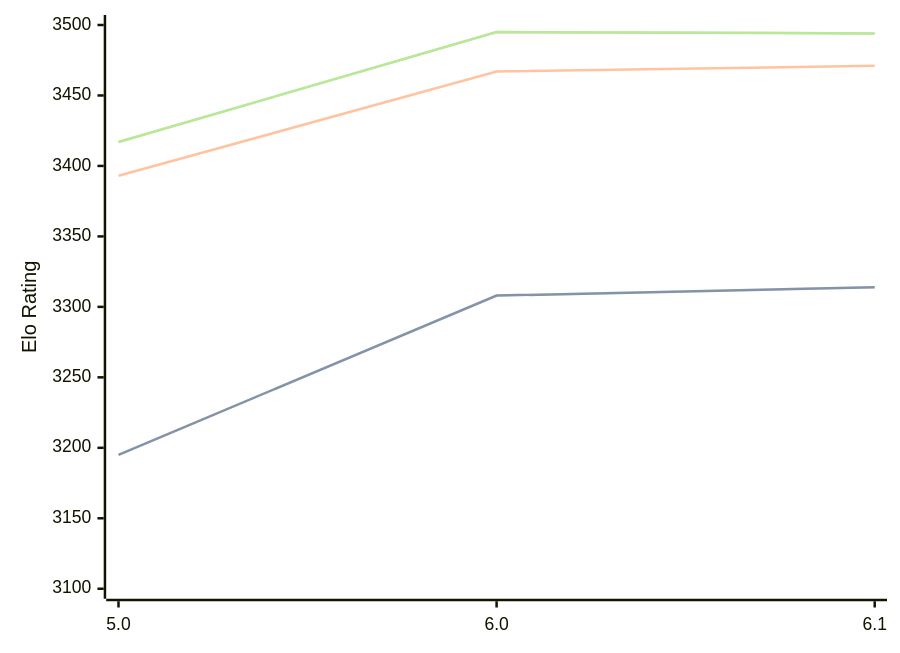
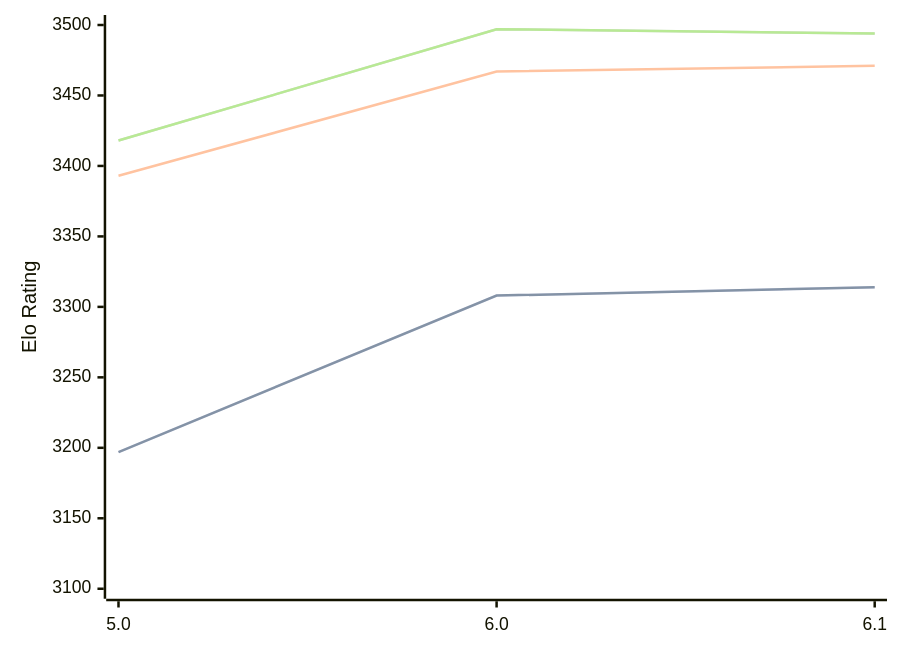
The first of 3 diagrams in engines/Starzix.md (computer-chess-index/cci), drawn with Mermaid before and after one commit. The commit also changed other lines of this file, not shown here.

Commit message:
Update CCI Ratings (ELO VLTC) - 2026-06-16

````diff
--- a/engines/Starzix.md
+++ b/engines/Starzix.md
@@ -37,11 +37,11 @@
 ```mermaid
 %%{init: {"theme":"base","themeVariables":{"seriesColors:['#a3a3a3','#222221','#faa371']}}}%%
 xychart-beta
   x-axis ["5.0", "6.0", "6.1"]
   y-axis "Elo Rating" 3100 --> 3500
-  line "STC (8.0+0.08s)" [3195, 3308, 3314]
-  line "STC (8.0+0.08s)" [3195, 3308, 3314]
+  line "STC (8.0+0.08s)" [3197, 3308, 3314]
+  line "STC (8.0+0.08s)" [3197, 3308, 3314]
   line "LTC (60.0+0.60s)" [3393, 3467, 3471]
-  line "VLTC (2m24s+1.12s)" [3417, 3495, 3494]
-  line "VLTC (2m24s+1.12s)" [3417, 3495, 3494]
+  line "VLTC (2m24s+1.12s)" [3418, 3497, 3494]
+  line "VLTC (2m24s+1.12s)" [3418, 3497, 3494]
 ```
````
